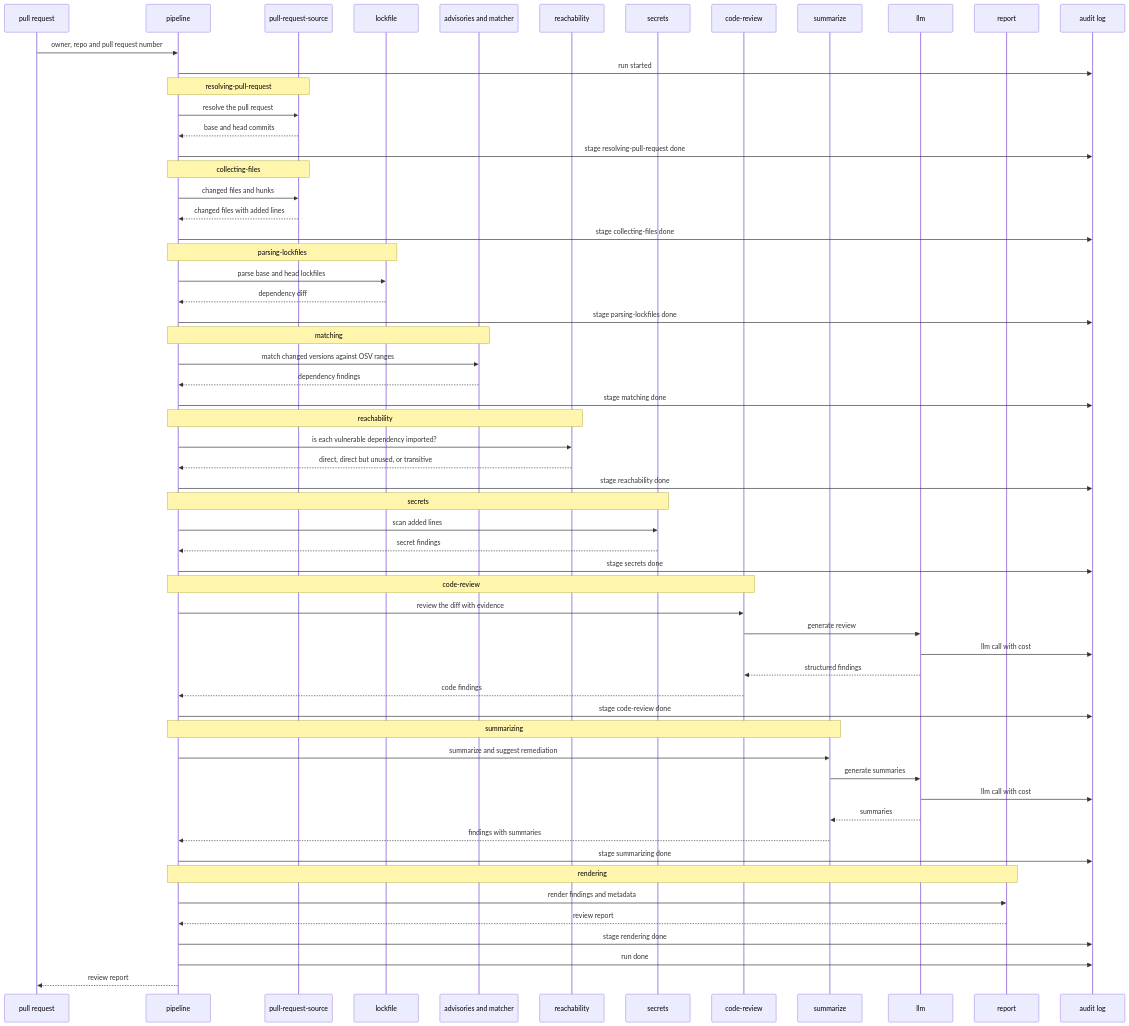
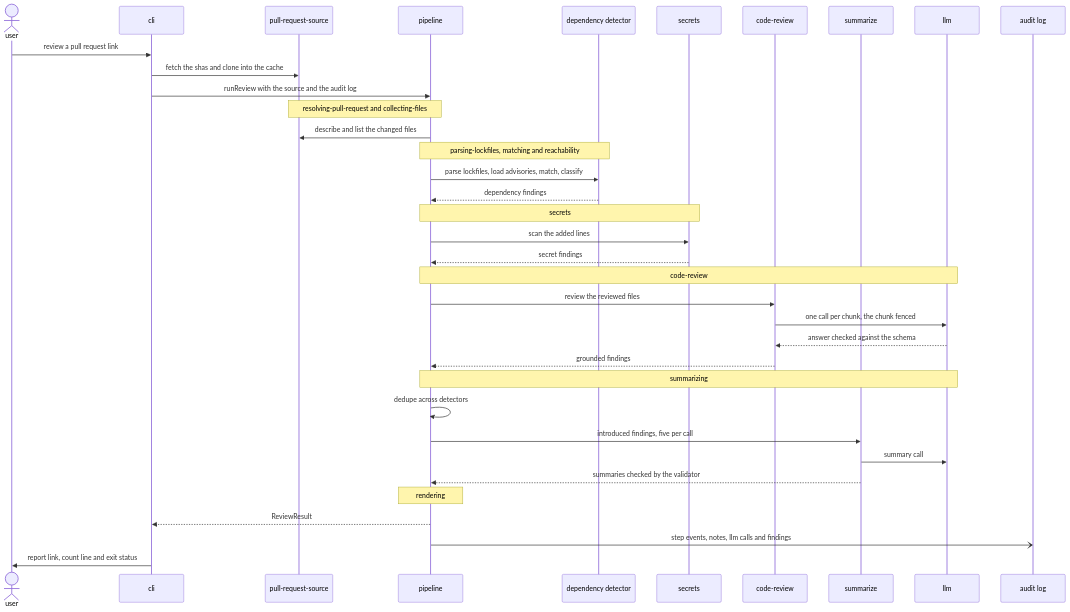
The second of 4 diagrams in README.md (worktrial-evan/pr-security-review), drawn with Mermaid before and after one commit. The commit also changed other lines of this file and 5 other files, not shown here.

First line of the commit message:
docs: rewrite the readme as an architecture guide

````diff
--- a/README.md
+++ b/README.md
@@ -64,72 +162,39 @@
 ```mermaid
 sequenceDiagram
-  participant PullRequest as pull request
+  actor User as user
+  participant Cli as cli
+  participant Source as pull-request-source
   participant Pipeline as pipeline
-  participant PullRequestSource as pull-request-source
-  participant Lockfile as lockfile
-  participant Matcher as advisories and matcher
-  participant Reachability as reachability
+  participant Dependency as dependency detector
   participant Secrets as secrets
   participant CodeReview as code-review
   participant Summarize as summarize
-  participant LLM as llm
-  participant Report as report
+  participant Llm as llm
   participant Audit as audit log
 
-  PullRequest->>Pipeline: owner, repo and pull request number
-  Pipeline->>Audit: run started
-
-  Note over Pipeline,PullRequestSource: resolving-pull-request
-  Pipeline->>PullRequestSource: resolve the pull request
-  PullRequestSource-->>Pipeline: base and head commits
-  Pipeline->>Audit: stage resolving-pull-request done
-
-  Note over Pipeline,PullRequestSource: collecting-files
-  Pipeline->>PullRequestSource: changed files and hunks
-  PullRequestSource-->>Pipeline: changed files with added lines
-  Pipeline->>Audit: stage collecting-files done
-
-  Note over Pipeline,Lockfile: parsing-lockfiles
-  Pipeline->>Lockfile: parse base and head lockfiles
-  Lockfile-->>Pipeline: dependency diff
-  Pipeline->>Audit: stage parsing-lockfiles done
-
-  Note over Pipeline,Matcher: matching
-  Pipeline->>Matcher: match changed versions against OSV ranges
-  Matcher-->>Pipeline: dependency findings
-  Pipeline->>Audit: stage matching done
-
-  Note over Pipeline,Reachability: reachability
-  Pipeline->>Reachability: is each vulnerable dependency imported?
-  Reachability-->>Pipeline: direct, direct but unused, or transitive
-  Pipeline->>Audit: stage reachability done
-
+  User->>Cli: review a pull request link
+  Cli->>Source: fetch the shas and clone into the cache
+  Cli->>Pipeline: runReview with the source and the audit log
+  Note over Pipeline,Source: resolving-pull-request and collecting-files
+  Pipeline->>Source: describe and list the changed files
+  Note over Pipeline,Dependency: parsing-lockfiles, matching and reachability
+  Pipeline->>Dependency: parse lockfiles, load advisories, match, classify
+  Dependency-->>Pipeline: dependency findings
   Note over Pipeline,Secrets: secrets
-  Pipeline->>Secrets: scan added lines
+  Pipeline->>Secrets: scan the added lines
   Secrets-->>Pipeline: secret findings
-  Pipeline->>Audit: stage secrets done
-
-  Note over Pipeline,CodeReview: code-review
-  Pipeline->>CodeReview: review the diff with evidence
-  CodeReview->>LLM: generate review
-  LLM->>Audit: llm call with cost
-  LLM-->>CodeReview: structured findings
-  CodeReview-->>Pipeline: code findings
-  Pipeline->>Audit: stage code-review done
-
-  Note over Pipeline,Summarize: summarizing
-  Pipeline->>Summarize: summarize and suggest remediation
-  Summarize->>LLM: generate summaries
-  LLM->>Audit: llm call with cost
-  LLM-->>Summarize: summaries
-  Summarize-->>Pipeline: findings with summaries
-  Pipeline->>Audit: stage summarizing done
-
-  Note over Pipeline,Report: rendering
-  Pipeline->>Report: render findings and metadata
-  Report-->>Pipeline: review report
-  Pipeline->>Audit: stage rendering done
-
-  Pipeline->>Audit: run done
-  Pipeline-->>PullRequest: review report
+  Note over Pipeline,Llm: code-review
+  Pipeline->>CodeReview: review the reviewed files
+  CodeReview->>Llm: one call per chunk, the chunk fenced
+  Llm-->>CodeReview: answer checked against the schema
+  CodeReview-->>Pipeline: grounded findings
+  Note over Pipeline,Llm: summarizing
+  Pipeline->>Pipeline: dedupe across detectors
+  Pipeline->>Summarize: introduced findings, five per call
+  Summarize->>Llm: summary call
+  Summarize-->>Pipeline: summaries checked by the validator
+  Note over Pipeline: rendering
+  Pipeline-->>Cli: ReviewResult
+  Pipeline-)Audit: step events, notes, llm calls and findings
+  Cli->>User: report link, count line and exit status
 ```
````
